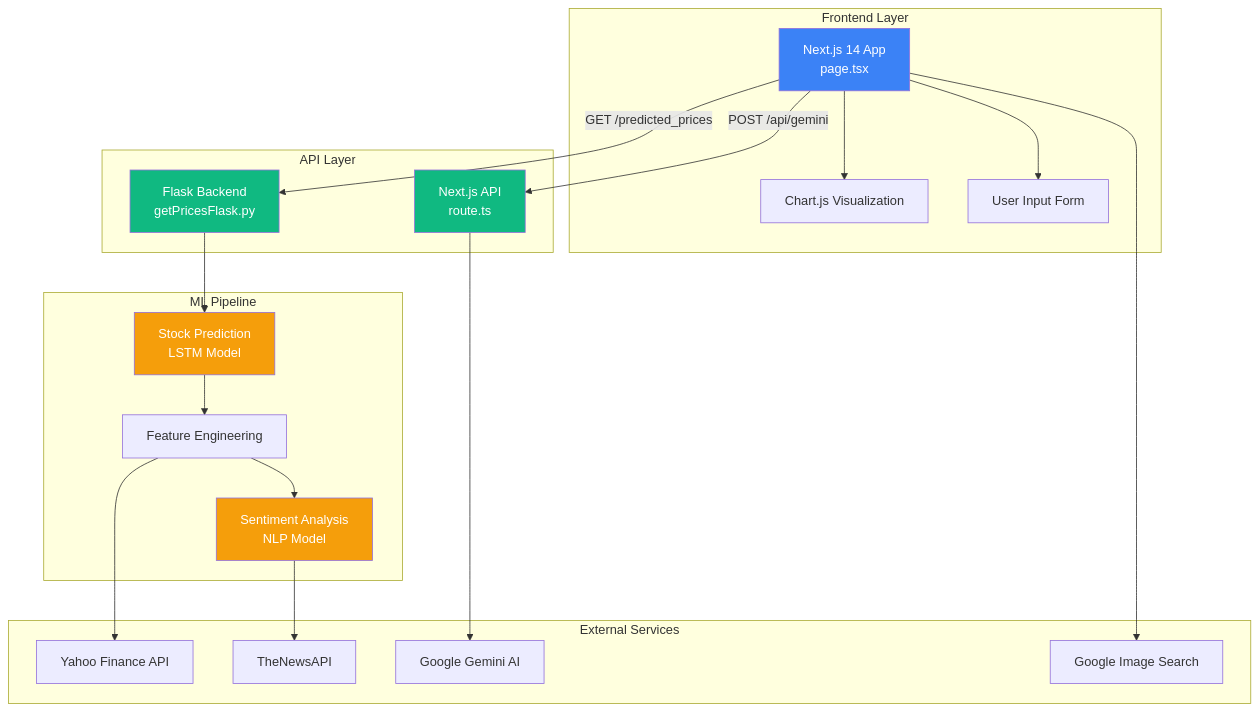
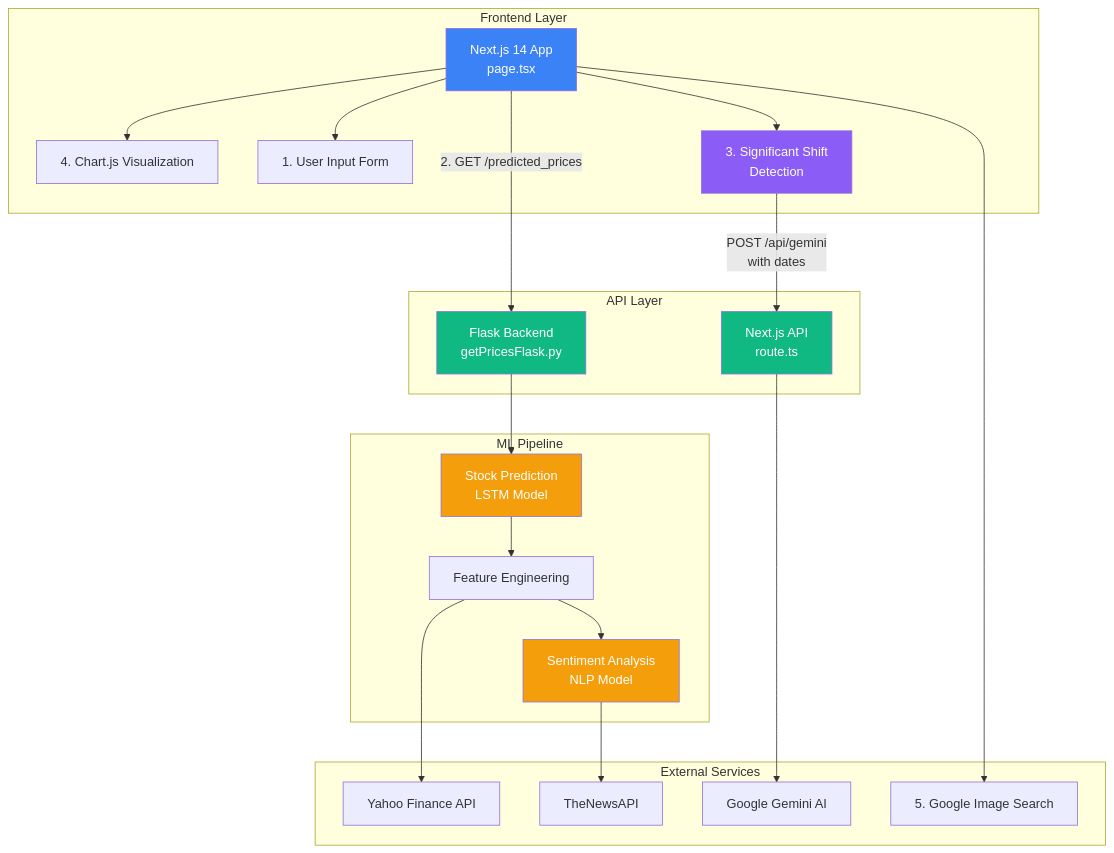
The diagram in README.md (SachinVedGupta/StockSee-with-ML-Predictions), drawn with Mermaid before and after one commit.

Commit message:
Update README with detailed component descriptions

````diff
--- a/README.md
+++ b/README.md
@@ -10,41 +10,43 @@
 ```mermaid
 graph TB
     subgraph "Frontend Layer"
-        A[Next.js 14 App<br/>page.tsx] --> B[Chart.js Visualization]
-        A --> C[User Input Form]
+        A[Next.js 14 App<br/>page.tsx] --> B["4. Chart.js Visualization"]
+        A --> C["1. User Input Form"]
+        A --> S["3. Significant Shift<br/>Detection"]
     end
     
     subgraph "API Layer"
         D[Flask Backend<br/>getPricesFlask.py]
         E[Next.js API<br/>route.ts]
     end
     
     subgraph "ML Pipeline"
         F[Stock Prediction<br/>LSTM Model]
         G[Sentiment Analysis<br/>NLP Model]
         H[Feature Engineering]
     end
     
     subgraph "External Services"
         I[Yahoo Finance API]
         J[TheNewsAPI]
         K[Google Gemini AI]
-        L[Google Image Search]
+        L["5. Google Image Search"]
     end
     
-    A -->|GET /predicted_prices| D
-    A -->|POST /api/gemini| E
+    A -->|2. GET /predicted_prices| D
+    S -->|POST /api/gemini<br/>with dates| E
     D --> F
     F --> H
     H --> I
     H --> G
     G --> J
     E --> K
     A --> L
     
     style A fill:#3b82f6,color:#fff
+    style S fill:#8b5cf6,color:#fff
     style D fill:#10b981,color:#fff
     style E fill:#10b981,color:#fff
     style F fill:#f59e0b,color:#fff
     style G fill:#f59e0b,color:#fff
 ```
````
